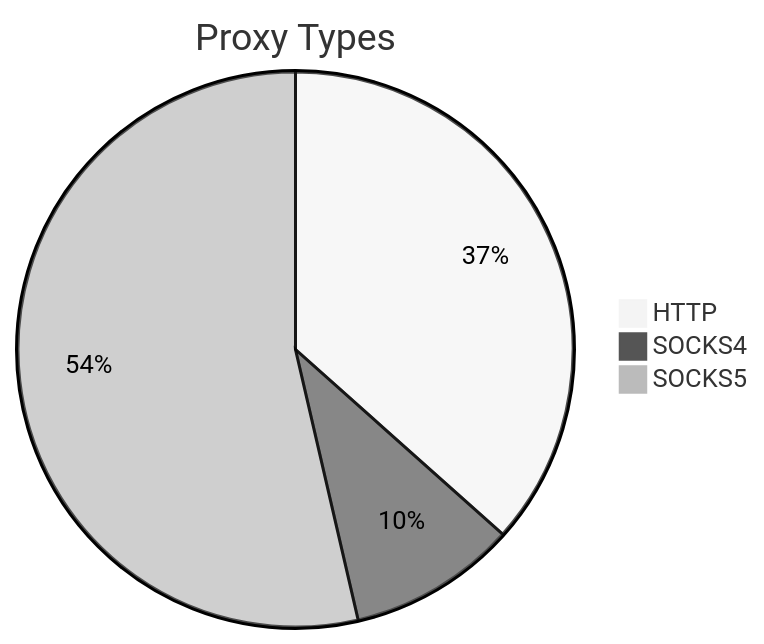
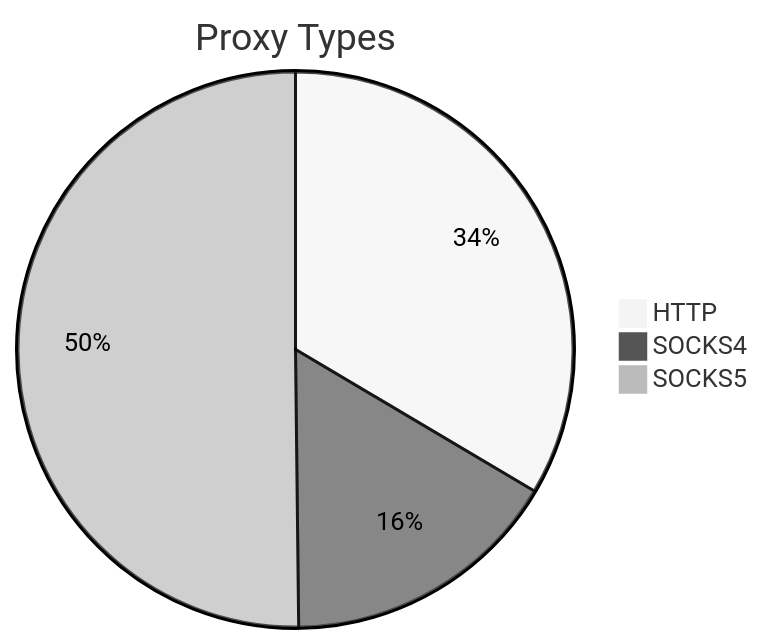
Before and after one commit to stormsia/proxy-list: the first of 2 diagrams in README.md, drawn with Mermaid (neutral theme). The commit also changed other lines of this file, not shown here.

````diff
--- a/README.md
+++ b/README.md
@@ -21,6 +21,6 @@
 ```mermaid
 pie title Proxy Types
-    "HTTP" : 101
-    "SOCKS4" : 27
-    "SOCKS5" : 148
+    "HTTP" : 183
+    "SOCKS4" : 89
+    "SOCKS5" : 274
 ```
````
